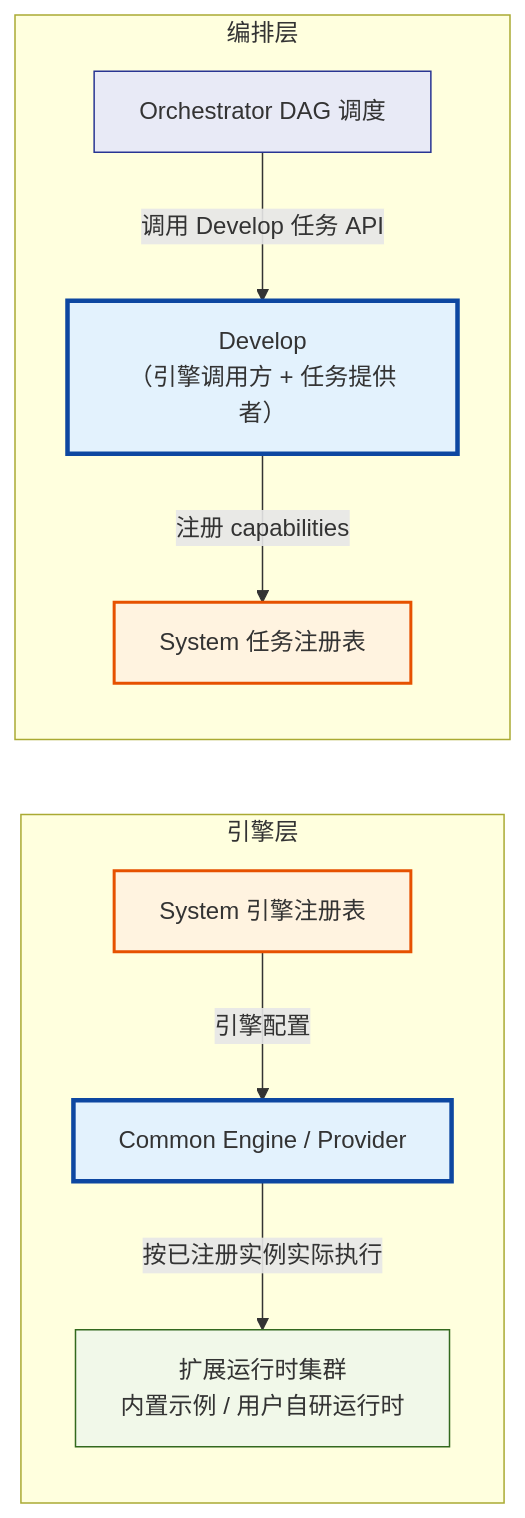
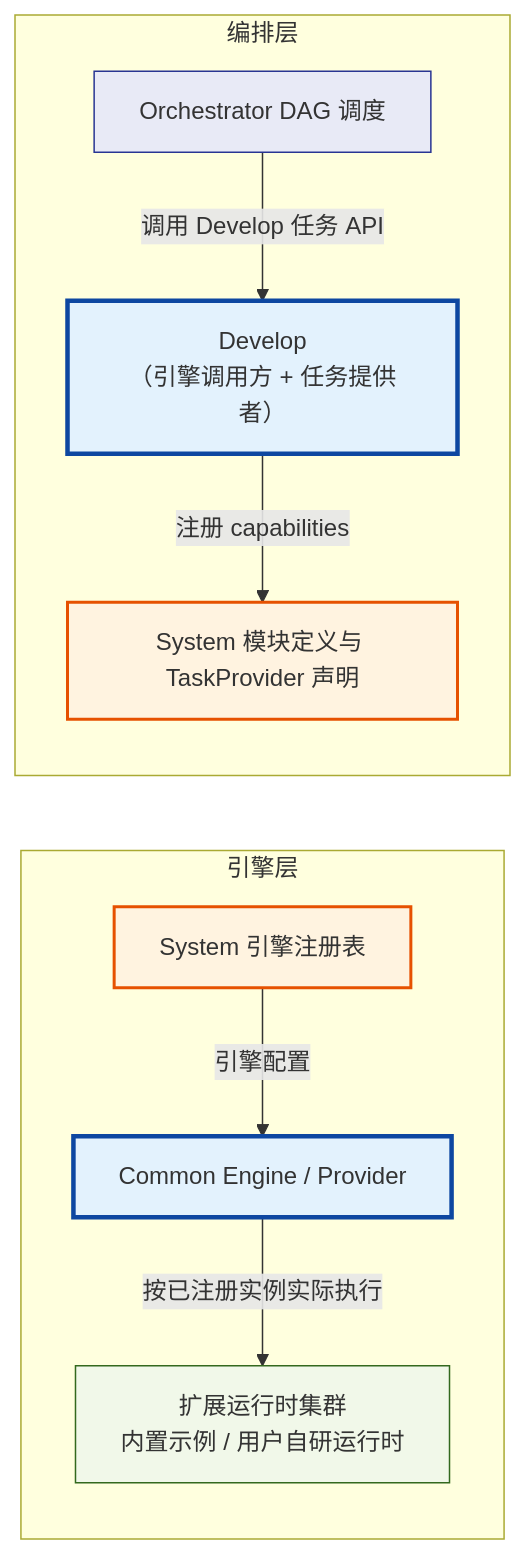
Diagram 14 of 14 in docs/concepts/addp模块架构图.md (pampa0629/addp), drawn with Mermaid before and after one commit. The commit also changed other lines of this file and 145 other files, not shown here.

````diff
--- a/docs/concepts/addp模块架构图.md
+++ b/docs/concepts/addp模块架构图.md
@@ -913,28 +922,28 @@
 ```mermaid
 graph LR
     subgraph "引擎层"
         System_E["System 引擎注册表"]
         Engines["扩展运行时集群<br/>内置示例 / 用户自研运行时"]
         System_E -->|"引擎配置"| CommonProvider["Common Engine / Provider"]
         CommonProvider -->|"按已注册实例实际执行"| Engines
     end
 
     subgraph "编排层"
-        System_T["System 任务注册表"]
+        System_T["System 模块定义与 TaskProvider 声明"]
         Orchestrator["Orchestrator DAG 调度"]
         Develop -->|"注册 capabilities"| System_T
         Orchestrator -->|"调用 Develop 任务 API"| Develop
     end
 
     Develop["Develop<br/>（引擎调用方 + 任务提供者）"]
 
     classDef system fill:#fff3e0,stroke:#e65100,stroke-width:2px
     classDef develop fill:#e3f2fd,stroke:#0d47a1,stroke-width:3px
     classDef engine fill:#f1f8e9,stroke:#33691e
     classDef orch fill:#e8eaf6,stroke:#283593
 
     class System_E,System_T system
     class Develop,CommonProvider develop
     class Engines engine
     class Orchestrator orch
 ```
````
